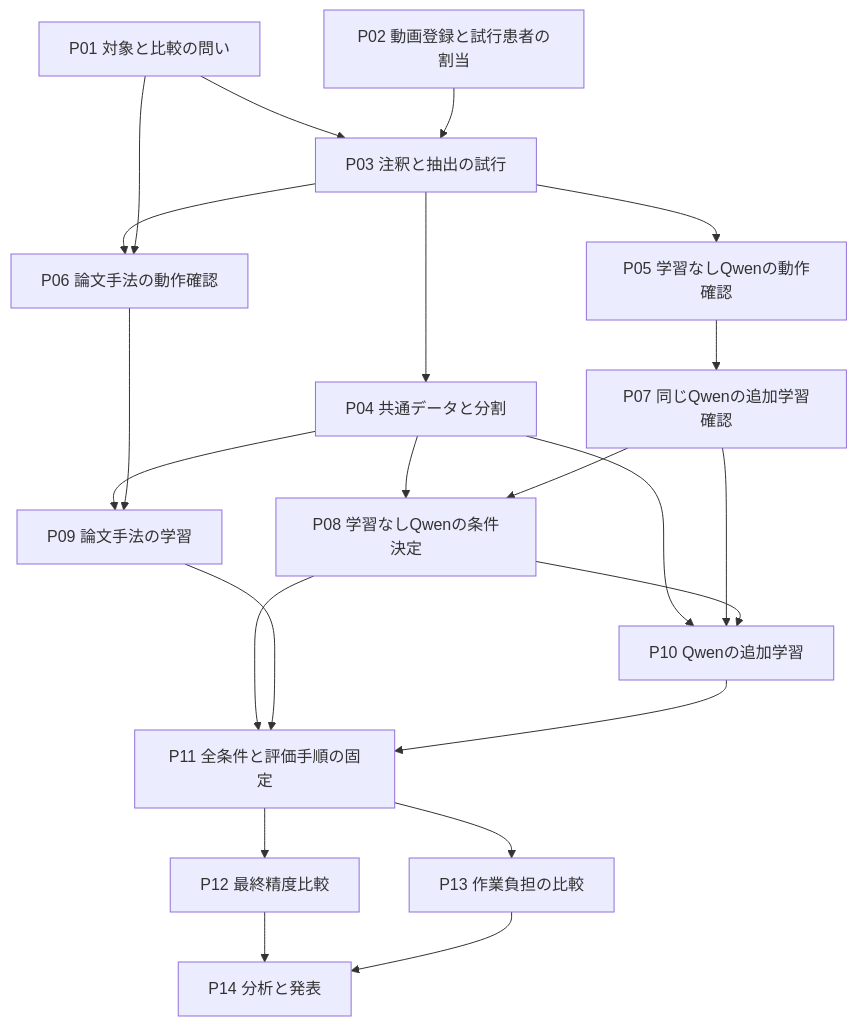
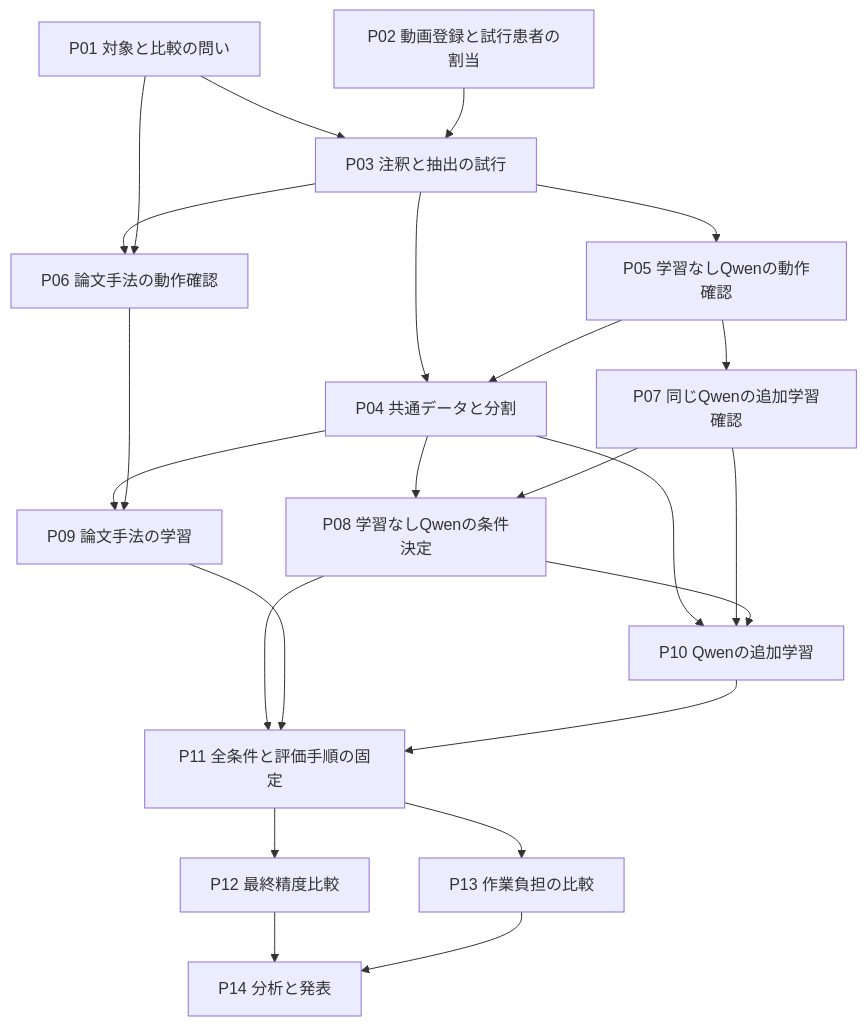
One commit to akakirishima/m1-fall-seminar-02 changed the diagram in 研究計画_詳細.md. Above: the diagram before and after it, drawn with Mermaid. The commit also changed other lines of this file and 69 other files, not shown here.

````diff
--- a/研究計画_詳細.md
+++ b/研究計画_詳細.md
@@ -37,24 +39,25 @@
 ```mermaid
 flowchart TD
   P01["P01 対象と比較の問い"] --> P03["P03 注釈と抽出の試行"]
   P02["P02 動画登録と試行患者の割当"] --> P03
   P03 --> P04["P04 共通データと分割"]
   P03 --> P05["P05 学習なしQwenの動作確認"]
+  P05 --> P04
   P03 --> P06["P06 論文手法の動作確認"]
   P01 --> P06
   P05 --> P07["P07 同じQwenの追加学習確認"]
   P04 --> P08["P08 学習なしQwenの条件決定"]
   P07 --> P08
   P04 --> P09["P09 論文手法の学習"]
   P06 --> P09
   P04 --> P10["P10 Qwenの追加学習"]
   P07 --> P10
   P08 --> P10
   P08 --> P11["P11 全条件と評価手順の固定"]
   P09 --> P11
   P10 --> P11
   P11 --> P12["P12 最終精度比較"]
   P11 --> P13["P13 作業負担の比較"]
   P12 --> P14["P14 分析と発表"]
   P13 --> P14
 ```
````
